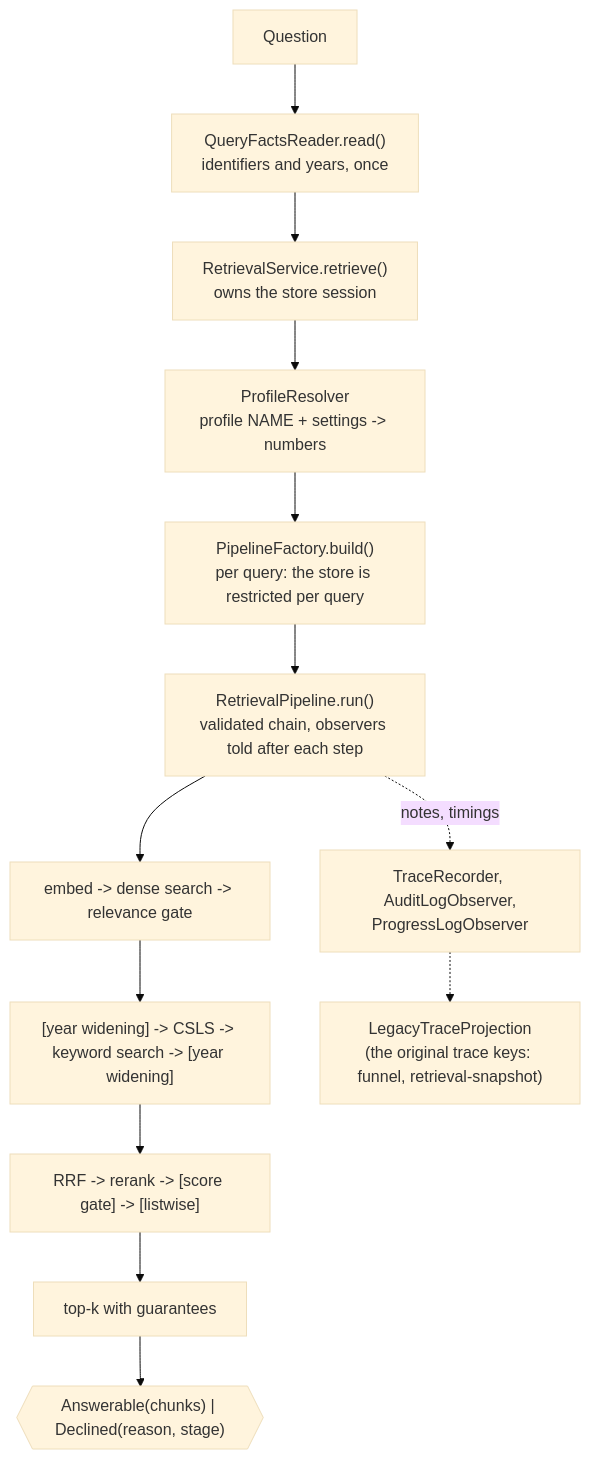
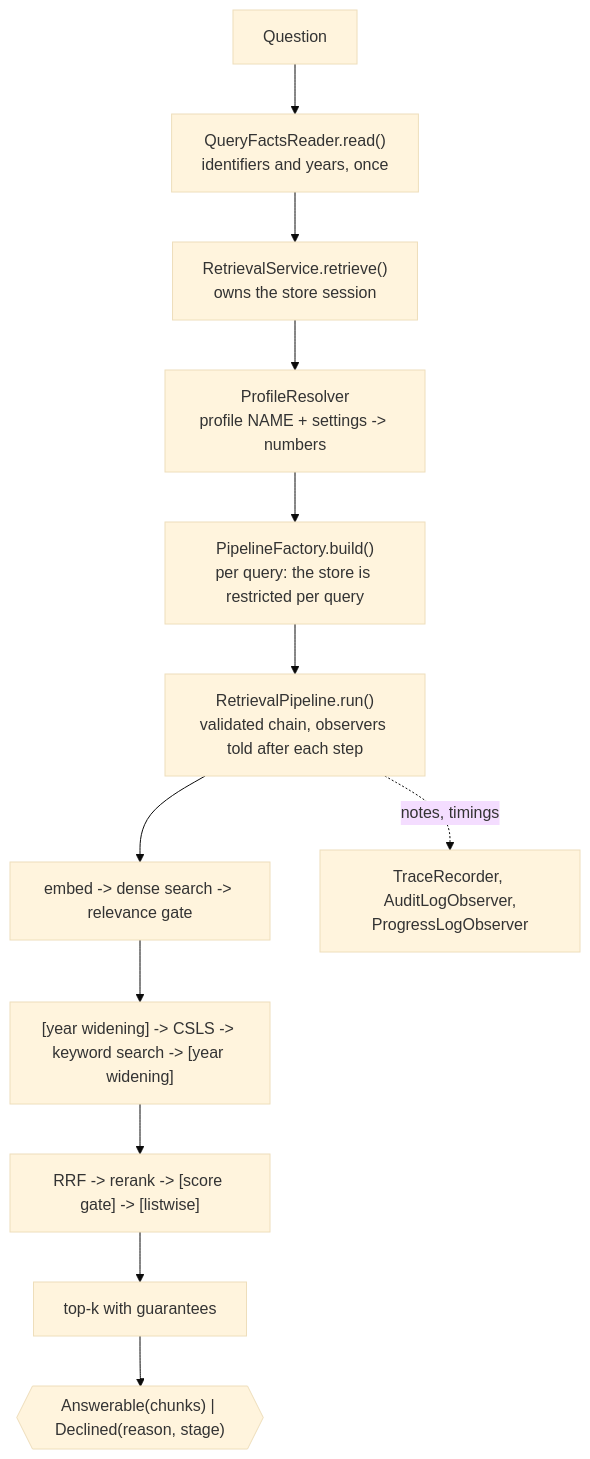
Before and after one commit to olythy/docs-agent: the third of 4 diagrams in docs/architecture.md, drawn with Mermaid (base theme). The commit also changed other lines of this file and 56 other files, not shown here.

First line of the commit message:
refactor(query): delete the original retrieval and router and the QUERY_ROUTER, QUERY_ENGINE and ANSWER_PARTIAL_COVERAGE switches

````diff
--- a/docs/architecture.md
+++ b/docs/architecture.md
@@ -66,15 +54,14 @@
 ```mermaid
 flowchart TD
     Q[Question] --> FR["QueryFactsReader.read()<br/>identifiers and years, once"]
     FR --> SVC["RetrievalService.retrieve()<br/>owns the store session"]
     SVC --> PR["ProfileResolver<br/>profile NAME + settings -> numbers"]
     PR --> PF["PipelineFactory.build()<br/>per query: the store is restricted per query"]
     PF --> RP["RetrievalPipeline.run()<br/>validated chain, observers told after each step"]
     RP --> S1["embed -> dense search -> relevance gate"]
     S1 --> S2["[year widening] -> CSLS -> keyword search -> [year widening]"]
     S2 --> S3["RRF -> rerank -> [score gate] -> [listwise]"]
     S3 --> S4["top-k with guarantees"]
     S4 --> OUT{{"Answerable(chunks) | Declined(reason, stage)"}}
     RP -. notes, timings .-> OBS["TraceRecorder, AuditLogObserver,<br/>ProgressLogObserver"]
-    OBS -.-> LT["LegacyTraceProjection<br/>(the original trace keys: funnel, retrieval-snapshot)"]
 ```
````
